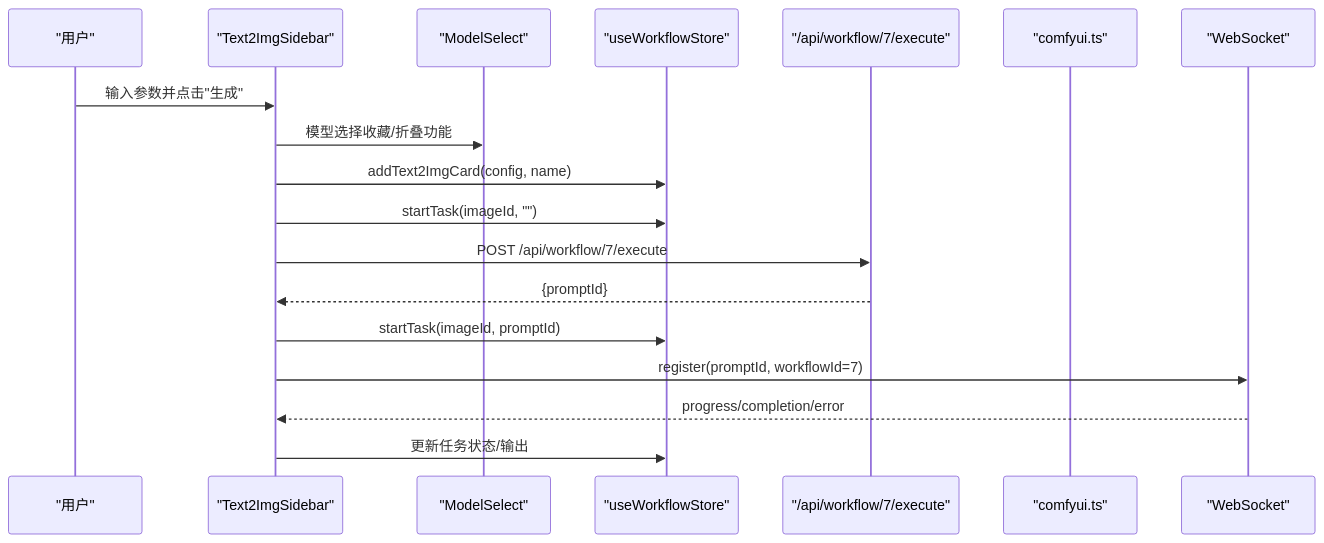
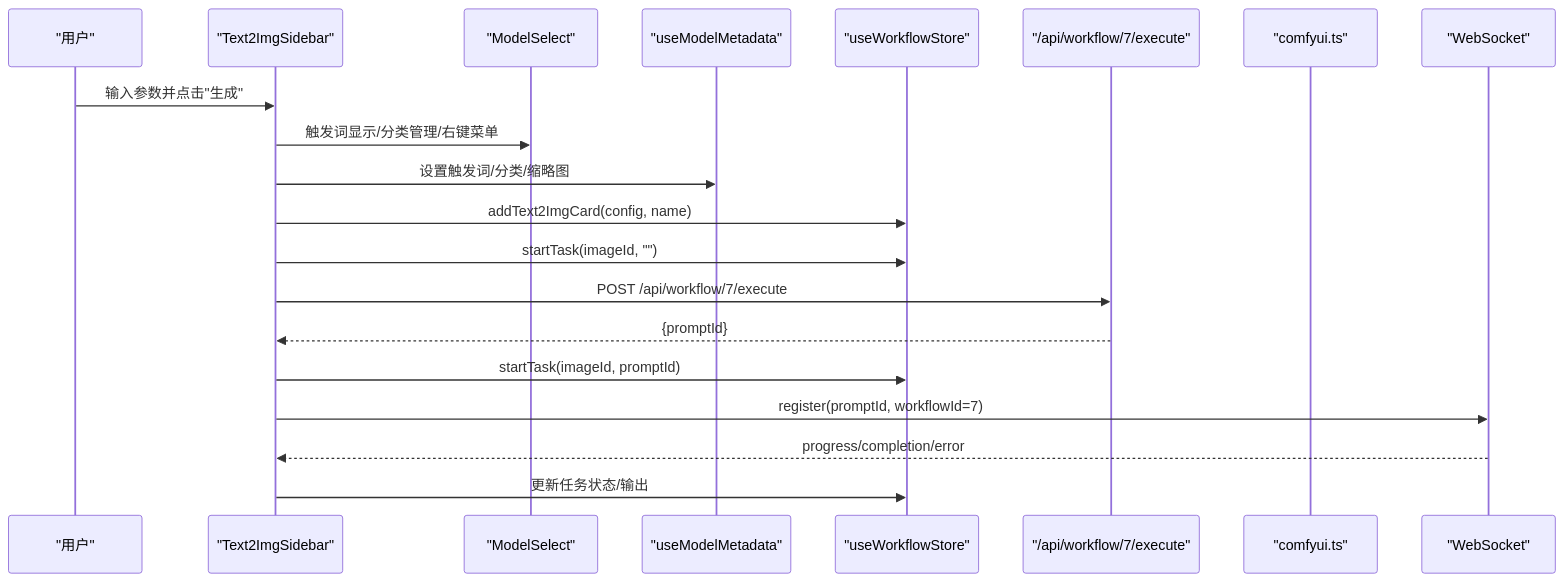
One commit to billye220670/CorineKit_Pix2Real changed the second of 4 diagrams in .qoder/repowiki/zh/content/用户界面组件/控制面板组件/文本到图像侧边栏.md. Above: the diagram before and after it, drawn with Mermaid. The commit also changed other lines of this file and 11 other files, not shown here.

````diff
--- a/.qoder/repowiki/zh/content/用户界面组件/控制面板组件/文本到图像侧边栏.md
+++ b/.qoder/repowiki/zh/content/用户界面组件/控制面板组件/文本到图像侧边栏.md
@@ -107,20 +122,22 @@
 ```mermaid
 sequenceDiagram
 participant U as "用户"
 participant T2I as "Text2ImgSidebar"
 participant MS as "ModelSelect"
+participant Meta as "useModelMetadata"
 participant Store as "useWorkflowStore"
 participant API as "/api/workflow/7/execute"
 participant CUI as "comfyui.ts"
 participant WS as "WebSocket"
 U->>T2I : 输入参数并点击"生成"
-T2I->>MS : 模型选择收藏/折叠功能
+T2I->>MS : 触发词显示/分类管理/右键菜单
+T2I->>Meta : 设置触发词/分类/缩略图
 T2I->>Store : addText2ImgCard(config, name)
 T2I->>Store : startTask(imageId, "")
 T2I->>API : POST /api/workflow/7/execute
 API-->>T2I : {promptId}
 T2I->>Store : startTask(imageId, promptId)
 T2I->>WS : register(promptId, workflowId=7)
 WS-->>T2I : progress/completion/error
 T2I->>Store : 更新任务状态/输出
 ```
````
